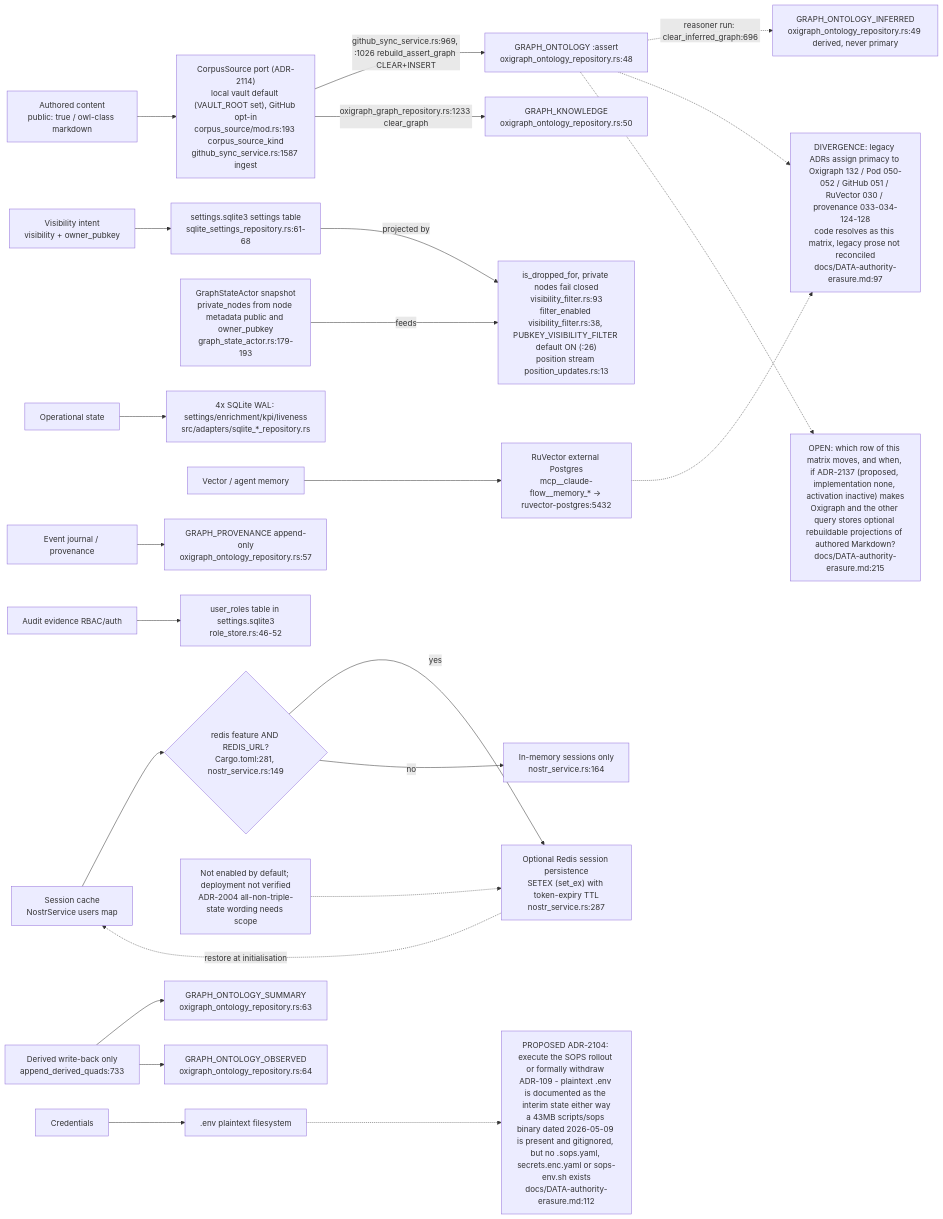
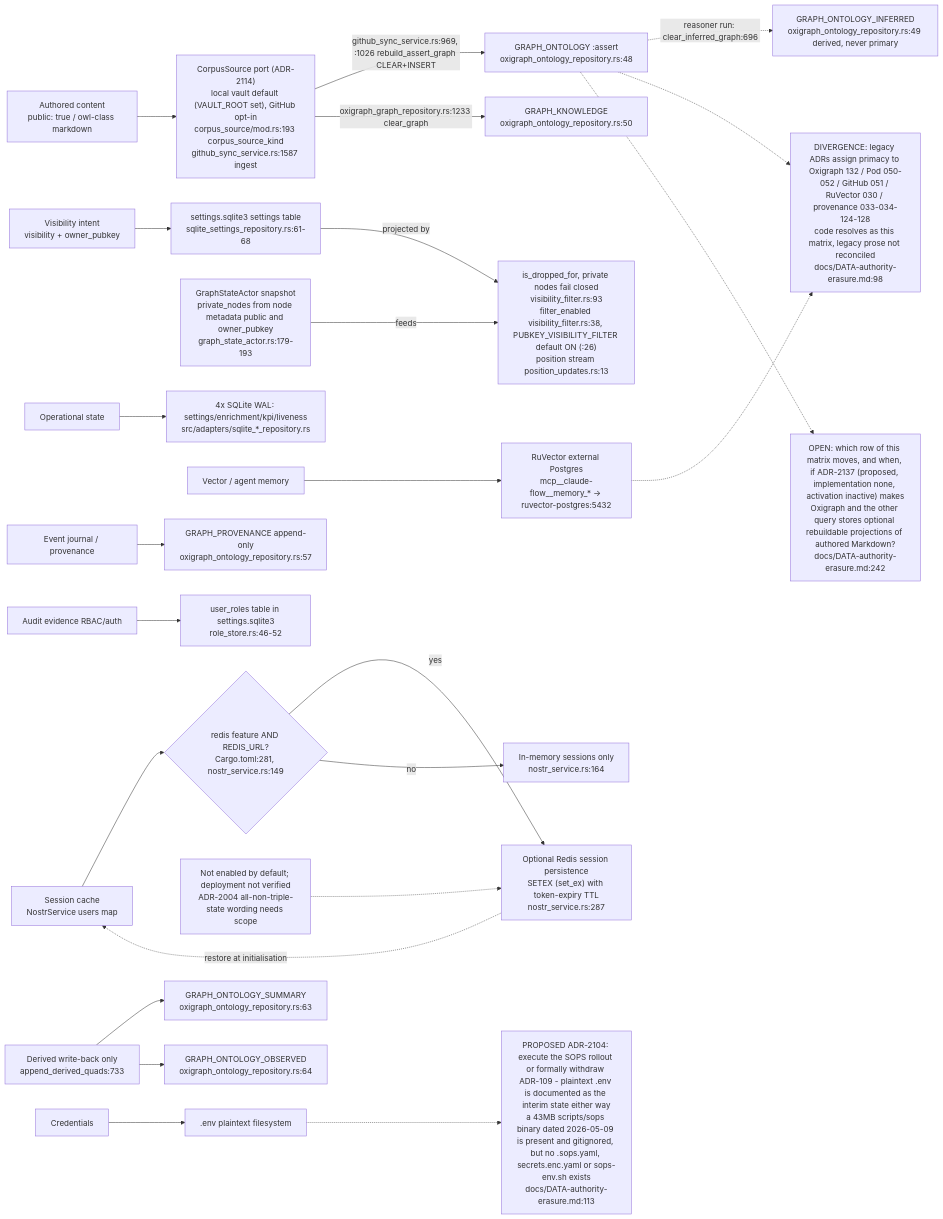
One commit to DreamLab-AI/VisionFlow changed the first of 11 diagrams in docs/diagrams/visionclaw/22-data-authority-provenance-erasure.md. Above: the diagram before and after it, drawn with Mermaid. The commit also changed other lines of this file and 151 other files, not shown here.

````diff
--- a/docs/diagrams/visionclaw/22-data-authority-provenance-erasure.md
+++ b/docs/diagrams/visionclaw/22-data-authority-provenance-erasure.md
@@ -50,41 +50,41 @@
 ```mermaid
 flowchart LR
     AuthContent["Authored content<br/>public: true / owl-class markdown"] --> CorpusSrc["CorpusSource port (ADR-2114)<br/>local vault default (VAULT_ROOT set), GitHub opt-in<br/>corpus_source/mod.rs:193 corpus_source_kind<br/>github_sync_service.rs:1587 ingest"]
     CorpusSrc -->|"github_sync_service.rs:969, :1026 rebuild_assert_graph CLEAR+INSERT"| AssertGraph["GRAPH_ONTOLOGY :assert<br/>oxigraph_ontology_repository.rs:48"]
     CorpusSrc -->|"oxigraph_graph_repository.rs:1233 clear_graph"| KnowledgeGraph["GRAPH_KNOWLEDGE<br/>oxigraph_ontology_repository.rs:50"]
 
     VisIntent["Visibility intent<br/>visibility + owner_pubkey"] --> SettingsDB["settings.sqlite3 settings table<br/>sqlite_settings_repository.rs:61-68"]
     SettingsDB -->|"projected by"| VisFilter["is_dropped_for, private nodes fail closed<br/>visibility_filter.rs:93<br/>filter_enabled visibility_filter.rs:38, PUBKEY_VISIBILITY_FILTER default ON (:26)<br/>position stream position_updates.rs:13"]
     GraphActor["GraphStateActor snapshot<br/>private_nodes from node metadata public and owner_pubkey<br/>graph_state_actor.rs:179-193"] -->|"feeds"| VisFilter
 
     AssertGraph -.->|"reasoner run: clear_inferred_graph:696"| InferredGraph["GRAPH_ONTOLOGY_INFERRED<br/>oxigraph_ontology_repository.rs:49 derived, never primary"]
 
     OpState["Operational state"] --> SqliteFour["4x SQLite WAL: settings/enrichment/kpi/liveness<br/>src/adapters/sqlite_*_repository.rs"]
 
     VectorMem["Vector / agent memory"] --> RuVector["RuVector external Postgres<br/>mcp__claude-flow__memory_* -> ruvector-postgres:5432"]
 
     EventJournal["Event journal / provenance"] --> ProvGraph["GRAPH_PROVENANCE append-only<br/>oxigraph_ontology_repository.rs:57"]
 
     AuditRBAC["Audit evidence RBAC/auth"] --> RoleTable["user_roles table in settings.sqlite3<br/>role_store.rs:46-52"]
 
     Sessions["Session cache<br/>NostrService users map"] --> RedisGate{"redis feature AND REDIS_URL?<br/>Cargo.toml:281, nostr_service.rs:149"}
     RedisGate -->|yes| Redis["Optional Redis session persistence<br/>SETEX (set_ex) with token-expiry TTL<br/>nostr_service.rs:287"]
     RedisGate -->|no| Memory["In-memory sessions only<br/>nostr_service.rs:164"]
     Redis -.->|"restore at initialisation"| Sessions
     RedisScope["Not enabled by default; deployment not verified<br/>ADR-2004 all-non-triple-state wording needs scope"] -.-> Redis
 
     Credentials["Credentials"] --> DotEnv[".env plaintext filesystem"]
 
     DerivedWB["Derived write-back only<br/>append_derived_quads:733"] --> SummaryGraph["GRAPH_ONTOLOGY_SUMMARY<br/>oxigraph_ontology_repository.rs:63"]
     DerivedWB --> ObservedGraph["GRAPH_ONTOLOGY_OBSERVED<br/>oxigraph_ontology_repository.rs:64"]
 
-    DivLegacy["DIVERGENCE: legacy ADRs assign primacy to Oxigraph 132 / Pod 050-052 / GitHub 051 / RuVector 030 / provenance 033-034-124-128<br/>code resolves as this matrix, legacy prose not reconciled<br/>docs/DATA-authority-erasure.md:97"]
+    DivLegacy["DIVERGENCE: legacy ADRs assign primacy to Oxigraph 132 / Pod 050-052 / GitHub 051 / RuVector 030 / provenance 033-034-124-128<br/>code resolves as this matrix, legacy prose not reconciled<br/>docs/DATA-authority-erasure.md:98"]
     AssertGraph -.-> DivLegacy
     RuVector -.-> DivLegacy
 
-    DivCreds["PROPOSED ADR-2104: execute the SOPS rollout or formally withdraw ADR-109 - plaintext .env is documented as the interim state either way<br/>a 43MB scripts/sops binary dated 2026-05-09 is present and gitignored, but no .sops.yaml, secrets.enc.yaml or sops-env.sh exists<br/>docs/DATA-authority-erasure.md:112"]
+    DivCreds["PROPOSED ADR-2104: execute the SOPS rollout or formally withdraw ADR-109 - plaintext .env is documented as the interim state either way<br/>a 43MB scripts/sops binary dated 2026-05-09 is present and gitignored, but no .sops.yaml, secrets.enc.yaml or sops-env.sh exists<br/>docs/DATA-authority-erasure.md:113"]
     DotEnv -.-> DivCreds
 
-    DivWorkspace["OPEN: which row of this matrix moves, and when, if ADR-2137 (proposed, implementation none, activation inactive) makes<br/>Oxigraph and the other query stores optional rebuildable projections of authored Markdown?<br/>docs/DATA-authority-erasure.md:215"]
+    DivWorkspace["OPEN: which row of this matrix moves, and when, if ADR-2137 (proposed, implementation none, activation inactive) makes<br/>Oxigraph and the other query stores optional rebuildable projections of authored Markdown?<br/>docs/DATA-authority-erasure.md:242"]
     AssertGraph -.-> DivWorkspace
 ```
````
